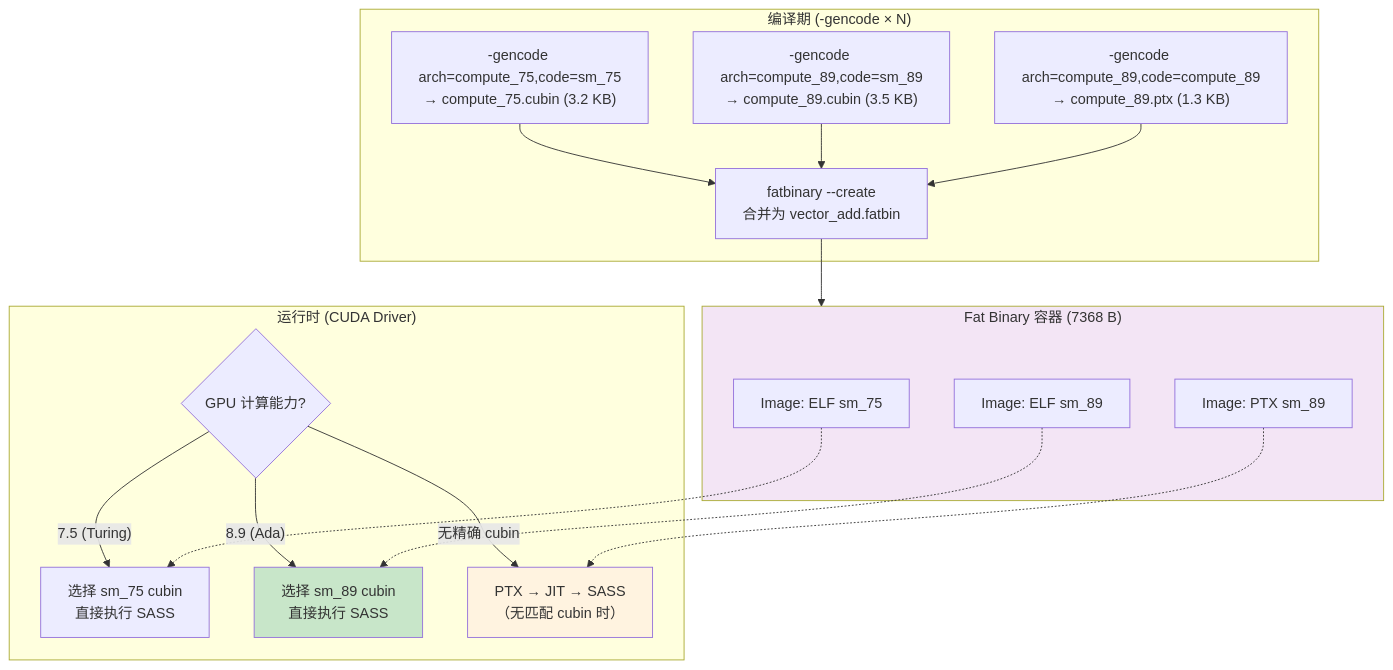
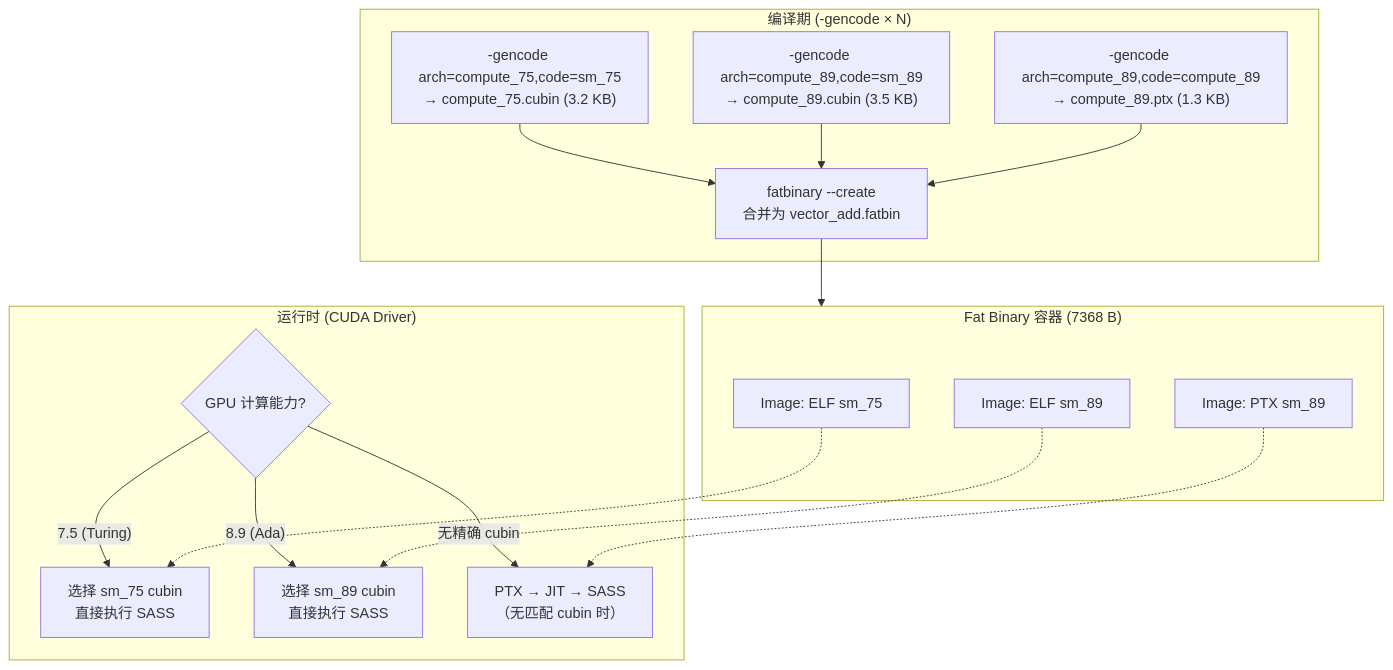
Before and after one commit to noisystreet/deep_dive_into_cuda: the diagram in source/_static/multiarch_fatbinary.mmd, drawn with Mermaid. The commit also changed 26 other files, not shown here.

First line of the commit message:
Mermaid 图统一黑白样式：去除节点彩色色块

```diff
--- a/source/_static/multiarch_fatbinary.mmd
+++ b/source/_static/multiarch_fatbinary.mmd
@@ -1,35 +1,31 @@
 flowchart TB
     subgraph compile["编译期 (-gencode × N)"]
         G75["-gencode arch=compute_75,code=sm_75<br/>→ compute_75.cubin (3.2 KB)"]
         G89["-gencode arch=compute_89,code=sm_89<br/>→ compute_89.cubin (3.5 KB)"]
         PTX["-gencode arch=compute_89,code=compute_89<br/>→ compute_89.ptx (1.3 KB)"]
         FB["fatbinary --create<br/>合并为 vector_add.fatbin"]
         G75 --> FB
         G89 --> FB
         PTX --> FB
     end
 
     subgraph container["Fat Binary 容器 (7368 B)"]
         I1["Image: ELF sm_75"]
         I2["Image: PTX sm_89"]
         I3["Image: ELF sm_89"]
     end
 
     subgraph runtime["运行时 (CUDA Driver)"]
         Q{"GPU 计算能力?"}
         S75["选择 sm_75 cubin<br/>直接执行 SASS"]
         S89["选择 sm_89 cubin<br/>直接执行 SASS"]
         JIT["PTX → JIT → SASS<br/>（无匹配 cubin 时）"]
     end
 
     FB --> container
     Q -->|"7.5 (Turing)"| S75
     Q -->|"8.9 (Ada)"| S89
     Q -->|"无精确 cubin"| JIT
     I1 -.-> S75
     I3 -.-> S89
     I2 -.-> JIT
-
-    style S89 fill:#c8e6c9
-    style JIT fill:#fff3e0
-    style container fill:#f3e5f5
```
